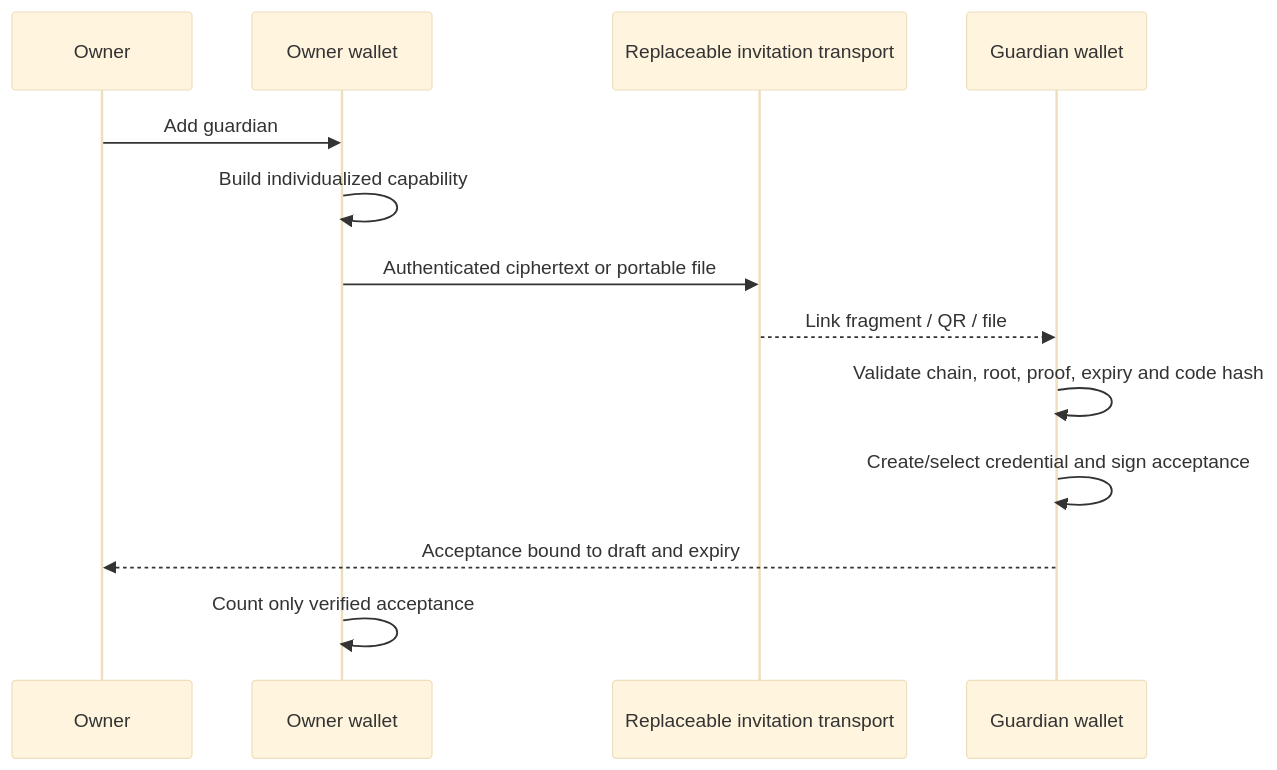
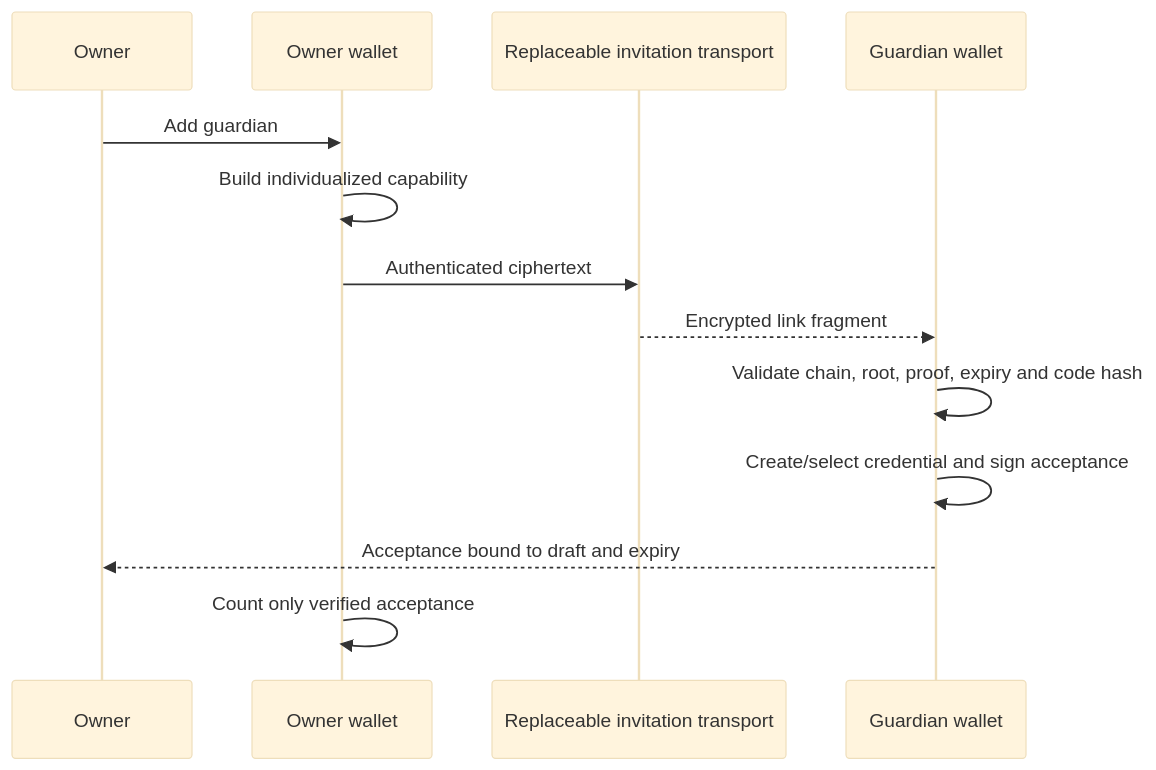
One commit to emirongrr/loom changed the third of 8 diagrams in examples/passkey-wallet-web/README.md. Above: the diagram before and after it, drawn with Mermaid (base theme). The commit also changed other lines of this file and 20 other files, not shown here.

````diff
--- a/examples/passkey-wallet-web/README.md
+++ b/examples/passkey-wallet-web/README.md
@@ -98,15 +98,15 @@
 ```mermaid
 sequenceDiagram
   participant O as Owner
   participant W as Owner wallet
   participant T as Replaceable invitation transport
   participant G as Guardian wallet
   O->>W: Add guardian
   W->>W: Build individualized capability
-  W->>T: Authenticated ciphertext or portable file
-  T-->>G: Link fragment / QR / file
+  W->>T: Authenticated ciphertext
+  T-->>G: Encrypted link fragment
   G->>G: Validate chain, root, proof, expiry and code hash
   G->>G: Create/select credential and sign acceptance
   G-->>O: Acceptance bound to draft and expiry
   W->>W: Count only verified acceptance
 ```
````
